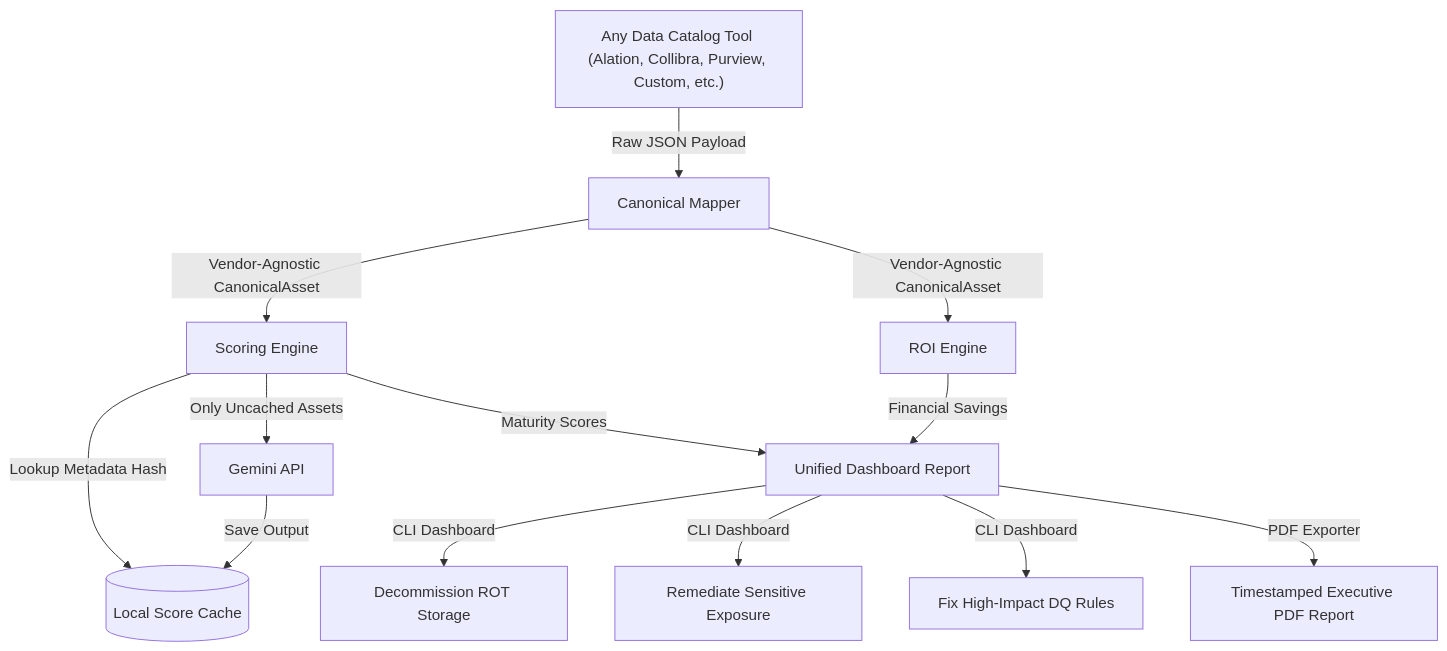
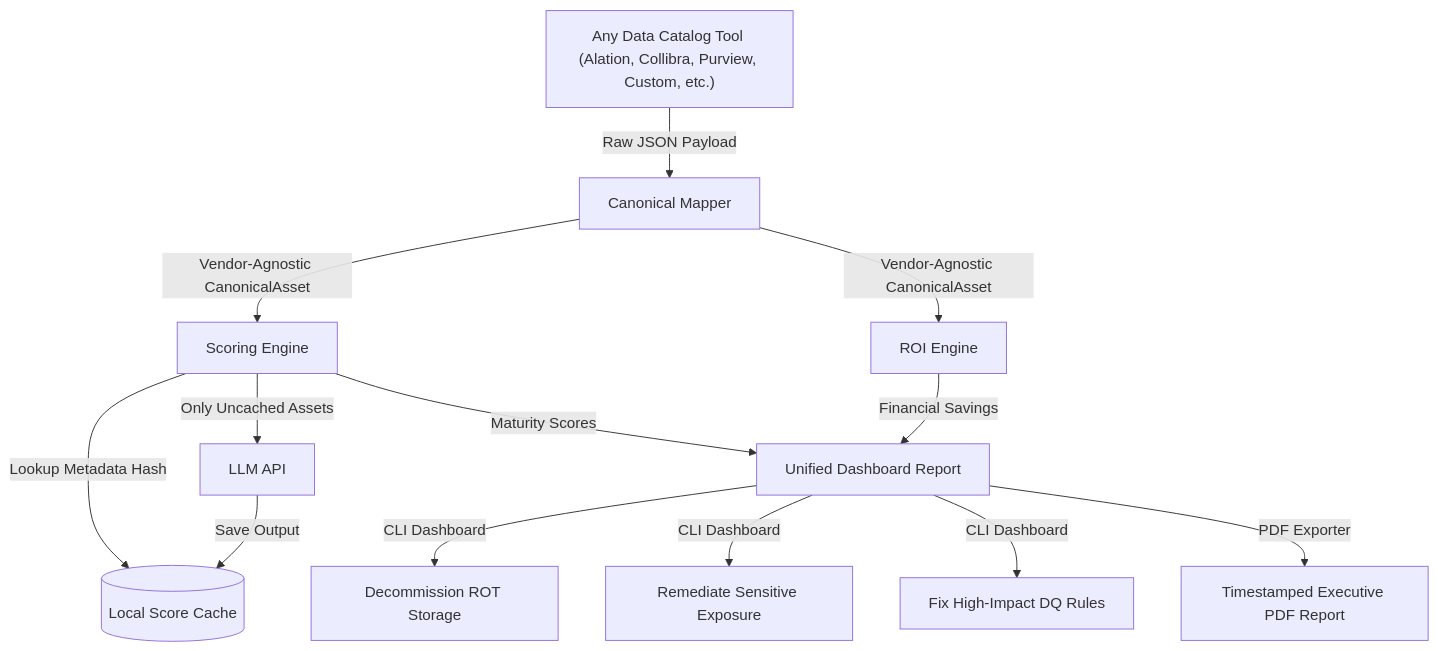
Before and after one commit to yashbhagde/AI-powered-DG-ROI-Optimization-Accelerator: the diagram in README.md, drawn with Mermaid. The commit also changed other lines of this file, not shown here.

Commit message:
Generalize Gemini API references in architecture diagram and cache description to LLM API

````diff
--- a/README.md
+++ b/README.md
@@ -16,19 +16,19 @@
 ```mermaid
 graph TD
     A["Any Data Catalog Tool <br>(Alation, Collibra, Purview, Custom, etc.)"] -->|Raw JSON Payload| F[Canonical Mapper]
     
     F -->|Vendor-Agnostic CanonicalAsset| G[Scoring Engine]
     F -->|Vendor-Agnostic CanonicalAsset| H[ROI Engine]
     
     G -->|Lookup Metadata Hash| Cache[(Local Score Cache)]
-    G -->|Only Uncached Assets| Gemini[Gemini API]
-    Gemini -->|Save Output| Cache
+    G -->|Only Uncached Assets| LLM[LLM API]
+    LLM -->|Save Output| Cache
     
     G -->|Maturity Scores| I[Unified Dashboard Report]
     H -->|Financial Savings| I
     
     I -->|CLI Dashboard| J[Decommission ROT Storage]
     I -->|CLI Dashboard| K[Remediate Sensitive Exposure]
     I -->|CLI Dashboard| L[Fix High-Impact DQ Rules]
     I -->|PDF Exporter| M[Timestamped Executive PDF Report]
 ```
````
